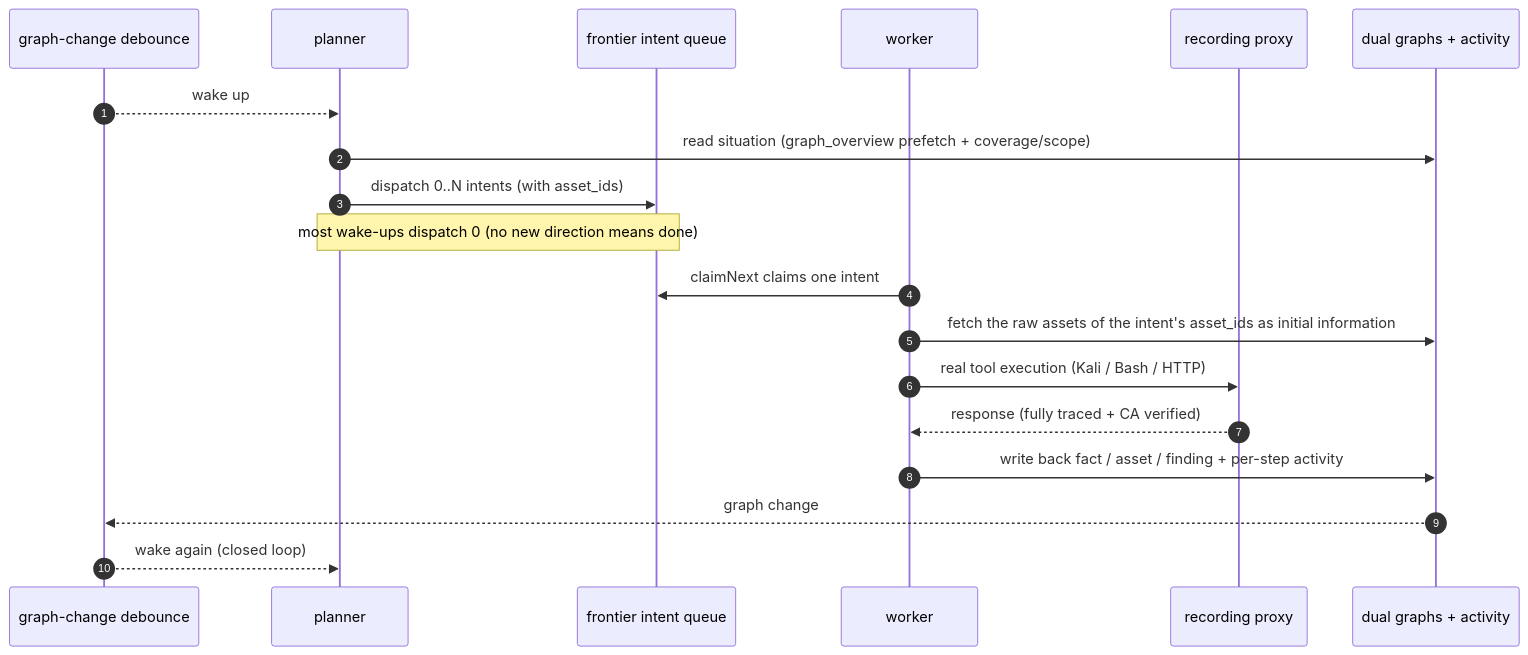
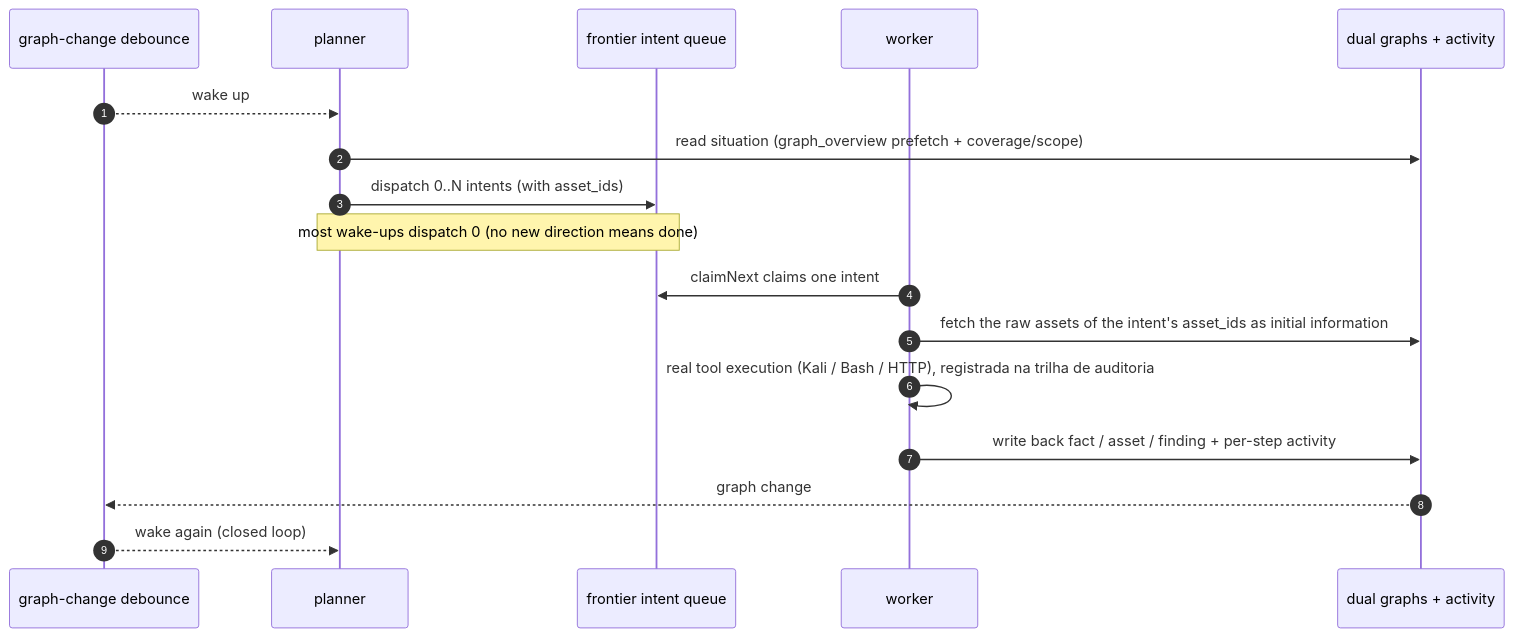
One commit to MTheux/it4us-va changed the third of 5 diagrams in README.md. Above: the diagram before and after it, drawn with Mermaid. The commit also changed other lines of this file and 7 other files, not shown here.

````diff
--- a/README.md
+++ b/README.md
@@ -403,22 +386,20 @@
 ```mermaid
 sequenceDiagram
   autonumber
   participant EV as graph-change debounce
   participant P as planner
   participant FR as frontier intent queue
   participant W as worker
-  participant PX as recording proxy
   participant DB as dual graphs + activity
 
   EV-->>P: wake up
   P->>DB: read situation (graph_overview prefetch + coverage/scope)
   P->>FR: dispatch 0..N intents (with asset_ids)
   Note over P,FR: most wake-ups dispatch 0 (no new direction means done)
   W->>FR: claimNext claims one intent
   W->>DB: fetch the raw assets of the intent's asset_ids as initial information
-  W->>PX: real tool execution (Kali / Bash / HTTP)
-  PX-->>W: response (fully traced + CA verified)
+  W->>W: real tool execution (Kali / Bash / HTTP), registrada na trilha de auditoria
   W->>DB: write back fact / asset / finding + per-step activity
   DB-->>EV: graph change
   EV-->>P: wake again (closed loop)
 ```
````
